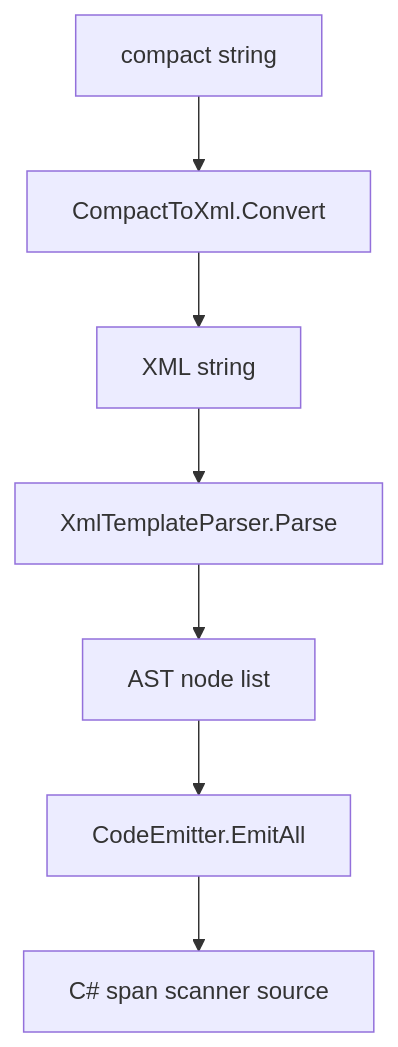
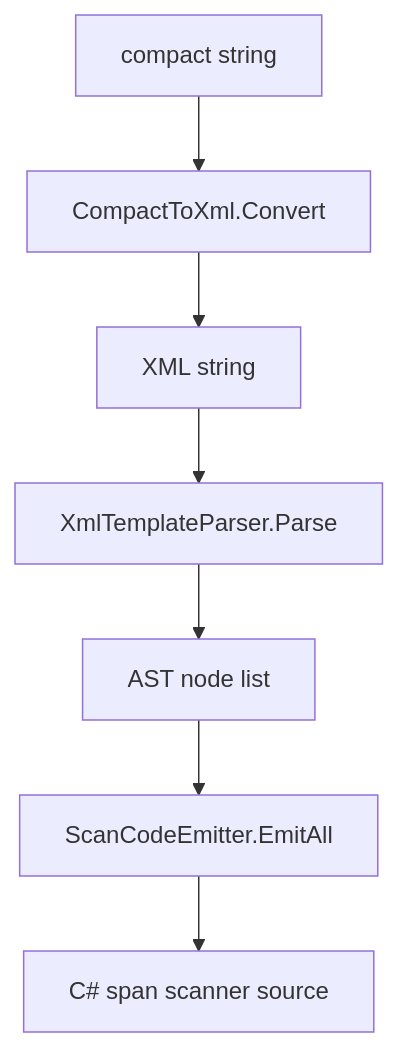
The diagram in docs/en/guide/template-syntax.md (twds0x13/SourceSerializer), drawn with Mermaid before and after one commit. The commit also changed 15 other files, not shown here.

````diff
--- a/docs/en/guide/template-syntax.md
+++ b/docs/en/guide/template-syntax.md
@@ -74,9 +74,9 @@
 ```mermaid
 flowchart TD
     A[compact string] --> B[CompactToXml.Convert]
     B --> C[XML string]
     C --> D[XmlTemplateParser.Parse]
     D --> E[AST node list]
-    E --> F[CodeEmitter.EmitAll]
+    E --> F[ScanCodeEmitter.EmitAll]
     F --> G[C# span scanner source]
 ```
````
